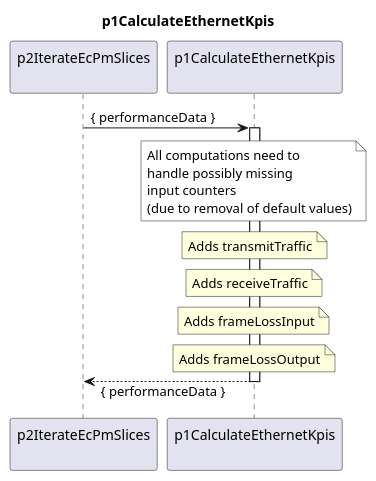
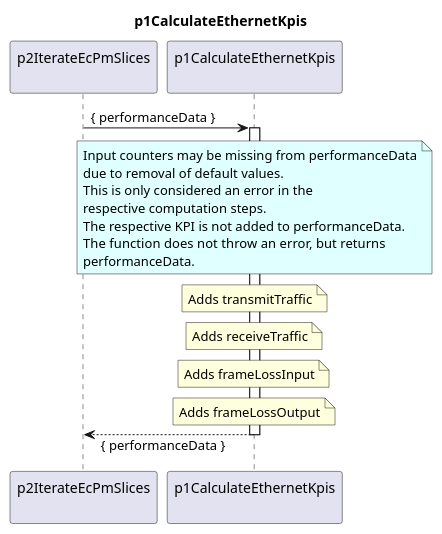
One commit to openBackhaul/DevicePerformanceManagementDataProcessor changed the diagram in spec/Functions/p2StreamPmData/p3ProcessDevice/p3CreateResultCc/p2IterateEcPmSlices/p1CalculateEthernetKpis/1.1.0/p1CalculateEthernetKpis.plantuml. Above: the diagram before and after it, drawn with PlantUML. The commit also changed 3 other files, not shown here.

```diff
--- a/spec/Functions/p2StreamPmData/p3ProcessDevice/p3CreateResultCc/p2IterateEcPmSlices/p1CalculateEthernetKpis/1.1.0/p1CalculateEthernetKpis.plantuml
+++ b/spec/Functions/p2StreamPmData/p3ProcessDevice/p3CreateResultCc/p2IterateEcPmSlices/p1CalculateEthernetKpis/1.1.0/p1CalculateEthernetKpis.plantuml
@@ -1,42 +1,45 @@
 @startuml p1CalculateEthernetKpis
 skinparam responseMessageBelowArrow true
 
 title
   p1CalculateEthernetKpis
 end title
 
 participant "p2IterateEcPmSlices\n" as requestor
 participant "p1CalculateEthernetKpis\n" as ethKpis
 
 requestor -> ethKpis : { performanceData }
 activate ethKpis
 
-    note over ethKpis #White
-      All computations need to
-      handle possibly missing
-      input counters
-      (due to removal of default values)
+    note over ethKpis #LightCyan
+      Input counters may be missing from performanceData
+      due to removal of default values.
+      This is only considered an error in the
+      respective computation steps.
+      The respective KPI is not added to performanceData.
+      The function does not throw an error, but returns
+      performanceData.
     end note
 
     note over ethKpis
       Adds transmitTraffic
     end note
 
     note over ethKpis
       Adds receiveTraffic
     end note
 
     note over ethKpis
       Adds frameLossInput
     end note
 
     note over ethKpis
       Adds frameLossOutput
     end note
 
 requestor <-- ethKpis : { performanceData }
 deactivate ethKpis
 
 deactivate requestor
 
 @enduml
```
